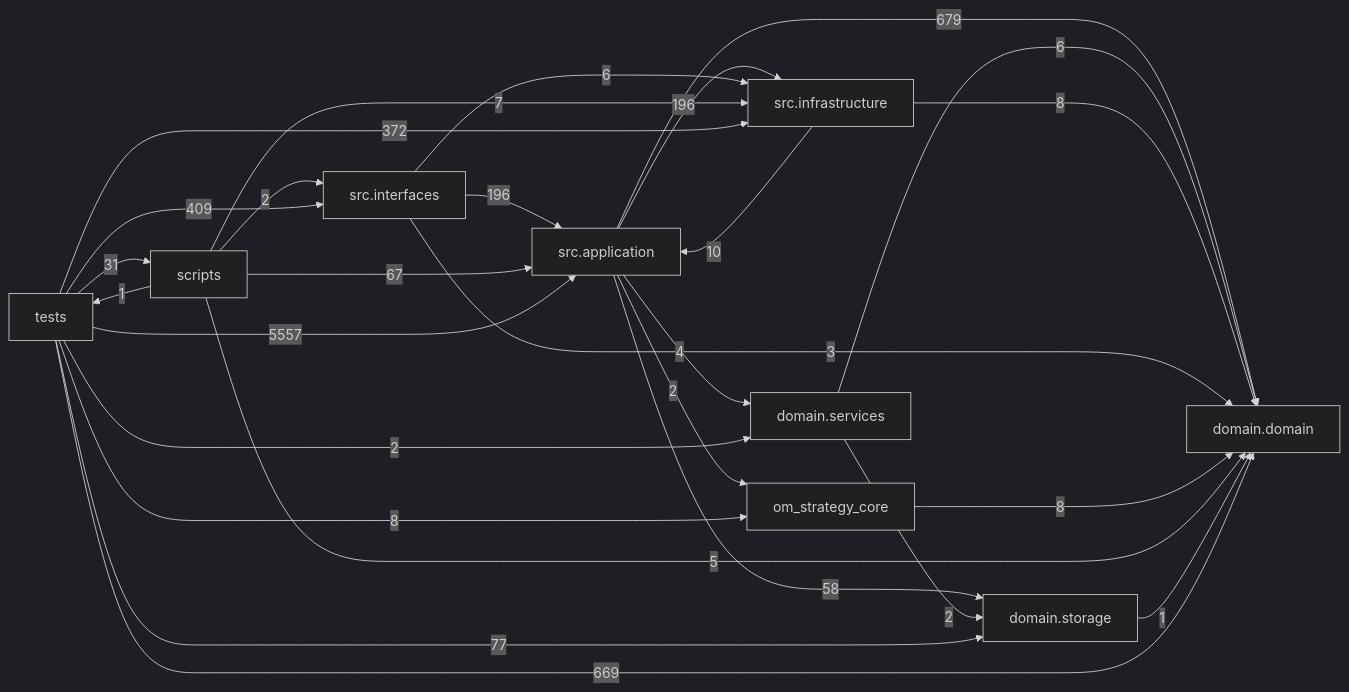
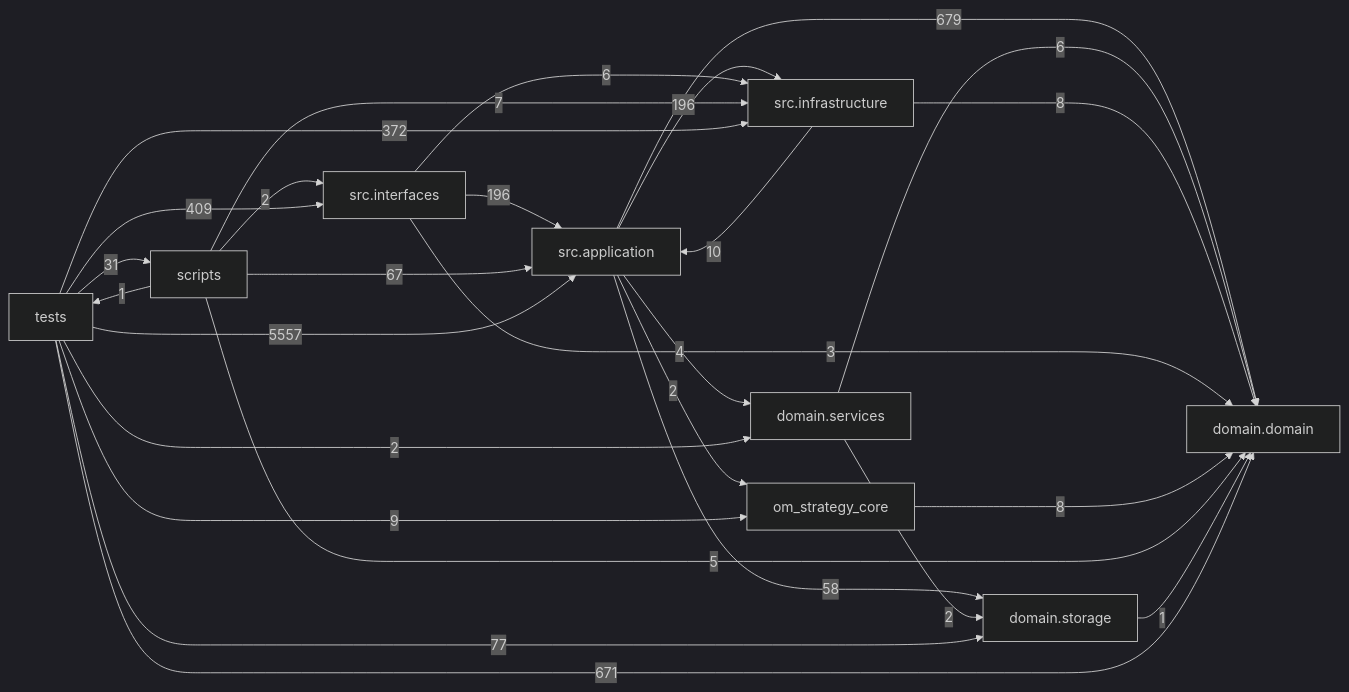
Before and after one commit to liuxie066/options-monitor: the diagram in docs/DEPENDENCY_GRAPH.md, drawn with Mermaid (dark theme). The commit also changed other lines of this file and 8 other files, not shown here.

````diff
--- a/docs/DEPENDENCY_GRAPH.md
+++ b/docs/DEPENDENCY_GRAPH.md
@@ -24,38 +24,38 @@
 ```mermaid
 flowchart LR
   tests["tests"]
   scripts["scripts"]
   interfaces["src.interfaces"]
   application["src.application"]
   infrastructure["src.infrastructure"]
   domain_services["domain.services"]
   domain["domain.domain"]
   storage["domain.storage"]
   application -->|679| domain
   application -->|4| domain_services
   application -->|196| infrastructure
   application -->|2| om_strategy_core
   application -->|58| storage
   domain_services -->|6| domain
   domain_services -->|2| storage
   infrastructure -->|10| application
   infrastructure -->|8| domain
   interfaces -->|196| application
   interfaces -->|3| domain
   interfaces -->|6| infrastructure
   om_strategy_core -->|8| domain
   scripts -->|67| application
   scripts -->|5| domain
   scripts -->|7| infrastructure
   scripts -->|2| interfaces
   scripts -->|1| tests
   storage -->|1| domain
   tests -->|5557| application
-  tests -->|669| domain
+  tests -->|671| domain
   tests -->|2| domain_services
   tests -->|372| infrastructure
   tests -->|409| interfaces
-  tests -->|8| om_strategy_core
+  tests -->|9| om_strategy_core
   tests -->|31| scripts
   tests -->|77| storage
 ```
````
